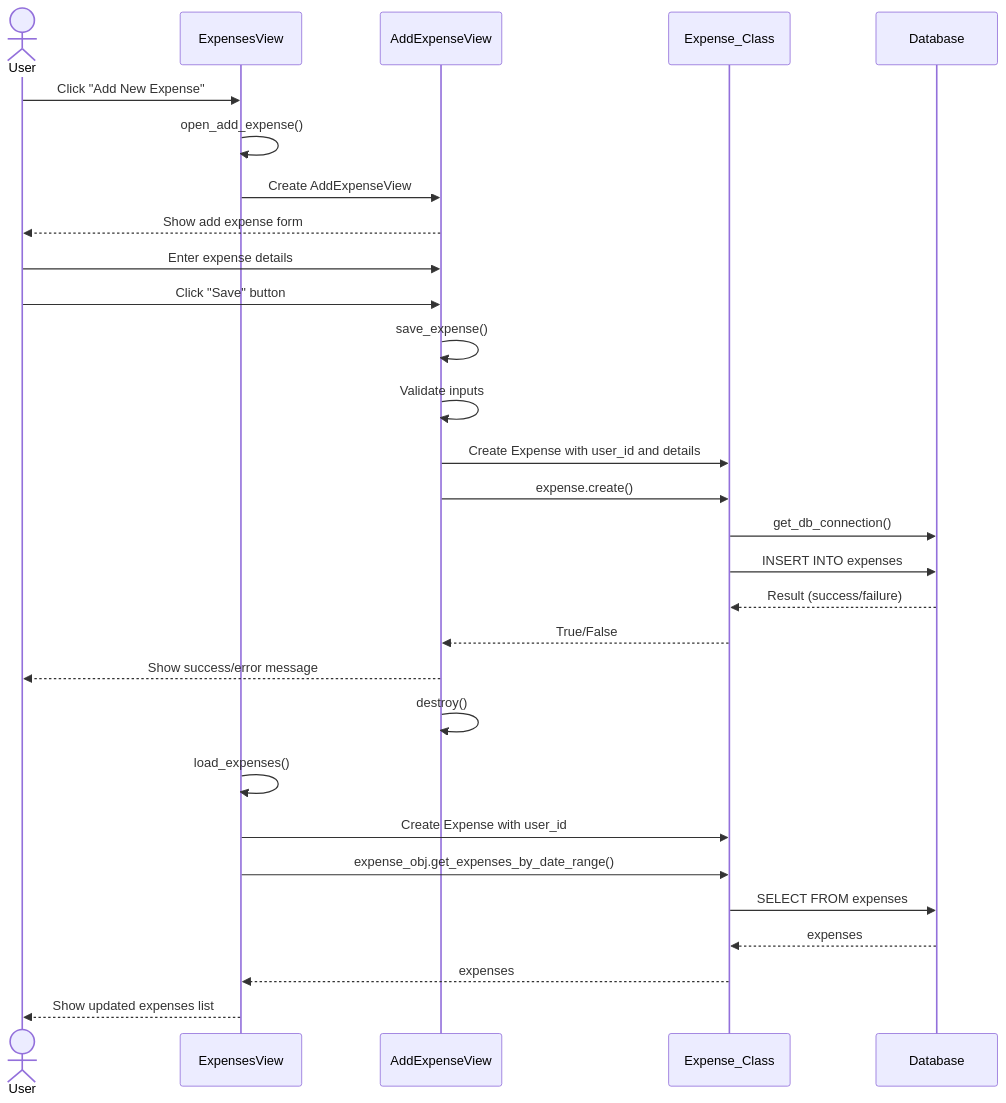
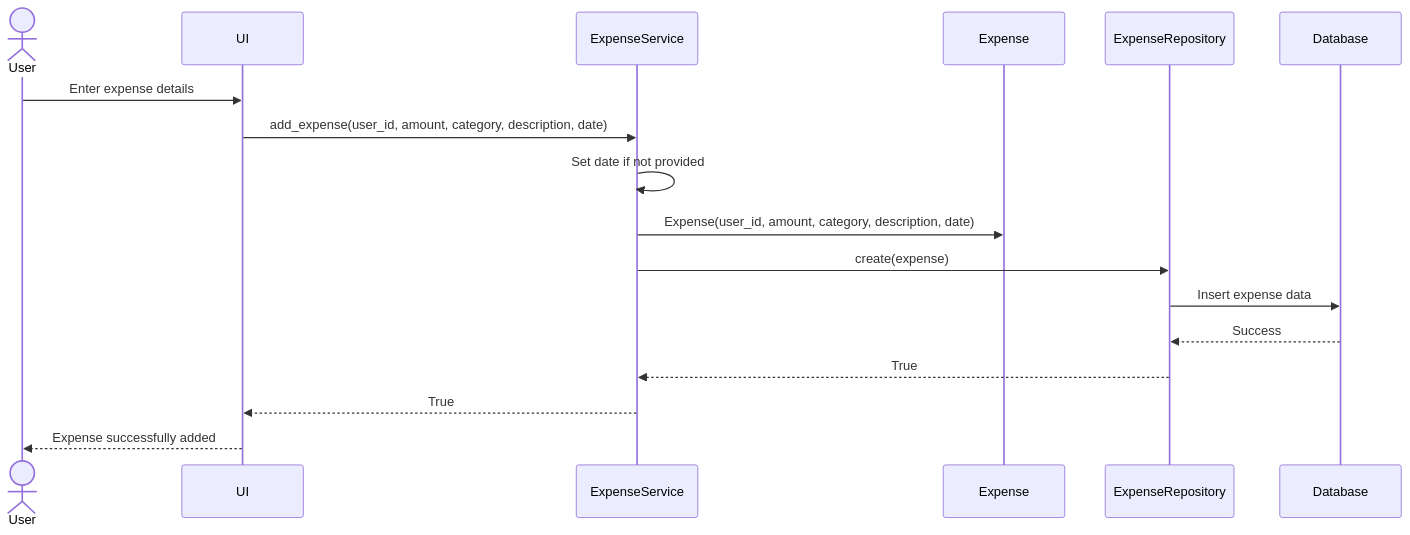
One commit to imsyc75/ot-harjoitustyo changed the fourth of 4 diagrams in dokumentaatio/arkkitehtuuri.md. Above: the diagram before and after it, drawn with Mermaid. The commit also changed other lines of this file and 9 other files, not shown here.

````diff
--- a/dokumentaatio/arkkitehtuuri.md
+++ b/dokumentaatio/arkkitehtuuri.md
@@ -89,32 +133,20 @@
 ```mermaid
 sequenceDiagram
-    actor User
-    participant ExpensesView
-    participant AddExpenseView
-    participant Expense_Class
-    participant Database
-    
-    User->>ExpensesView: Click "Add New Expense"
-    ExpensesView->>ExpensesView: open_add_expense()
-    ExpensesView->>AddExpenseView: Create AddExpenseView
-    AddExpenseView-->>User: Show add expense form
-    User->>AddExpenseView: Enter expense details
-    User->>AddExpenseView: Click "Save" button
-    AddExpenseView->>AddExpenseView: save_expense()
-    AddExpenseView->>AddExpenseView: Validate inputs
-    AddExpenseView->>Expense_Class: Create Expense with user_id and details
-    AddExpenseView->>Expense_Class: expense.create()
-    Expense_Class->>Database: get_db_connection()
-    Expense_Class->>Database: INSERT INTO expenses
-    Database-->>Expense_Class: Result (success/failure)
-    Expense_Class-->>AddExpenseView: True/False
-    AddExpenseView-->>User: Show success/error message
-    AddExpenseView->>AddExpenseView: destroy()
-    ExpensesView->>ExpensesView: load_expenses()
-    ExpensesView->>Expense_Class: Create Expense with user_id
-    ExpensesView->>Expense_Class: expense_obj.get_expenses_by_date_range()
-    Expense_Class->>Database: SELECT FROM expenses
-    Database-->>Expense_Class: expenses
-    Expense_Class-->>ExpensesView: expenses
-    ExpensesView-->>User: Show updated expenses list
+  actor User
+  participant UI
+  participant ExpenseService
+  participant Expense
+  participant ExpenseRepository
+  participant Database
+  
+  User->>UI: Enter expense details
+  UI->>ExpenseService: add_expense(user_id, amount, category, description, date)
+  ExpenseService->>ExpenseService: Set date if not provided
+  ExpenseService->>Expense: Expense(user_id, amount, category, description, date)
+  ExpenseService->>ExpenseRepository: create(expense)
+  ExpenseRepository->>Database: Insert expense data
+  Database-->>ExpenseRepository: Success
+  ExpenseRepository-->>ExpenseService: True
+  ExpenseService-->>UI: True
+  UI-->>User: Expense successfully added
 ```
````
